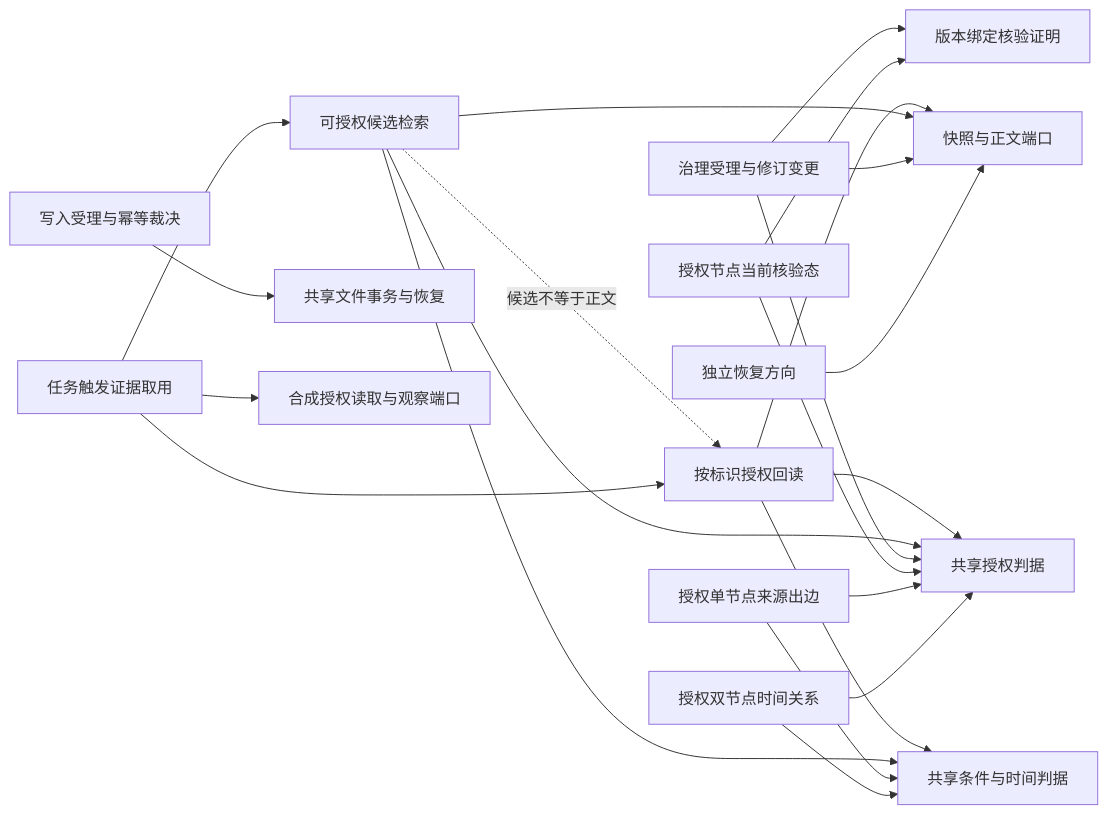
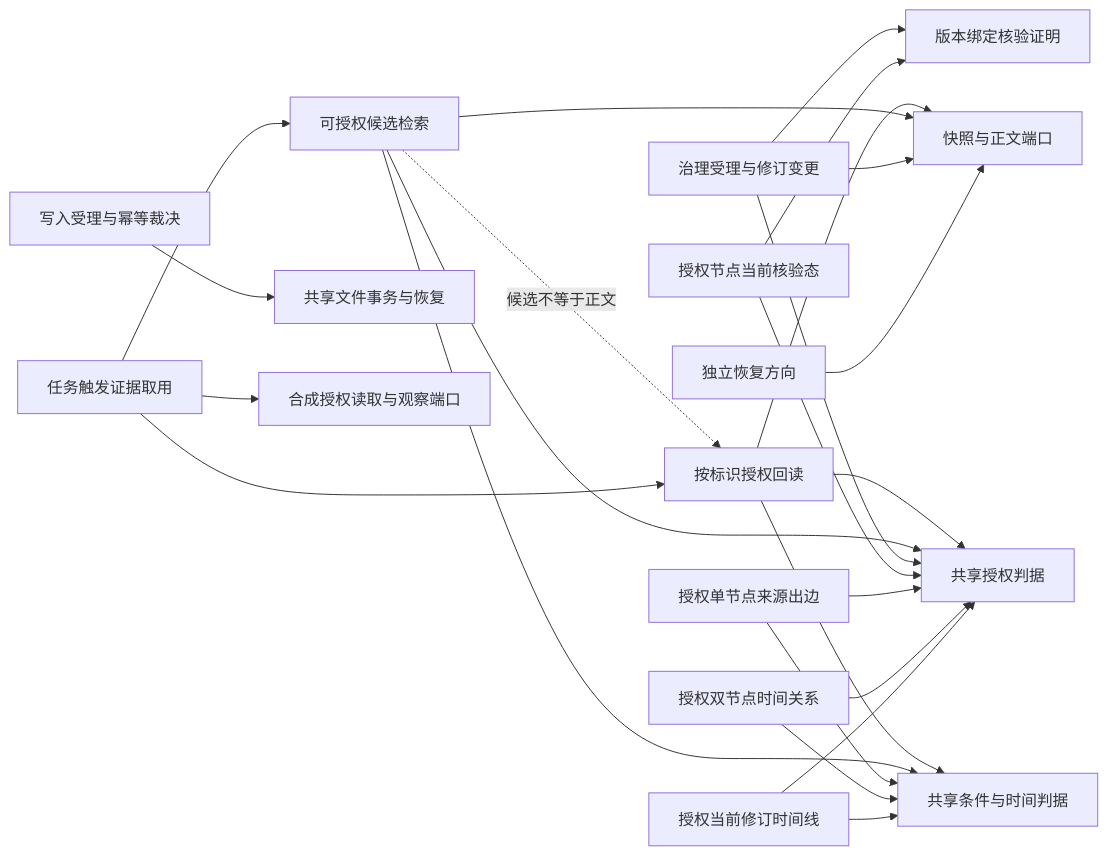
Before and after one commit to FuRongJun-1999/dsh-lingshu-memory: the diagram in docs/CAPABILITY_GRAPH.md, drawn with Mermaid. The commit also changed other lines of this file and 12 other files, not shown here.

Commit message:
Add authorization-filtered current-revision timeline

```diff
--- a/docs/CAPABILITY_GRAPH.md
+++ b/docs/CAPABILITY_GRAPH.md
@@ -5,24 +5,26 @@
 ~~~mermaid
 graph LR
   G[按标识授权回读] --> A[共享授权判据]
   G --> T[共享条件与时间判据]
   G --> S[快照与正文端口]
   Q[可授权候选检索] --> A
   Q --> T
   Q --> S
   Q -. 候选不等于正文 .-> G
   W[写入受理与幂等裁决] --> X[共享文件事务与恢复]
   R[治理受理与修订变更] --> S
   R --> A
   R --> V[版本绑定核验证明]
   K[授权节点当前核验态] --> V
   K --> A
   E[授权单节点来源出边] --> A
   E --> T
   Z[授权双节点时间关系] --> T
   Z --> A
+  L[授权当前修订时间线] --> T
+  L --> A
   P[独立恢复方向] --> S
   C[任务触发证据取用] --> O[合成授权读取与观察端口]
   C --> G
   C --> Q
 ~~~
```
